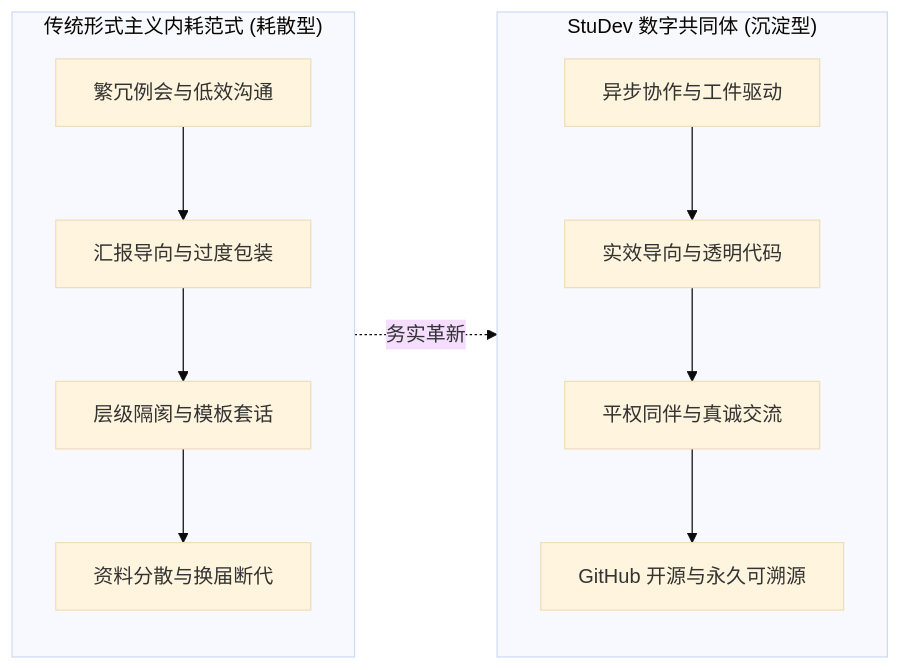
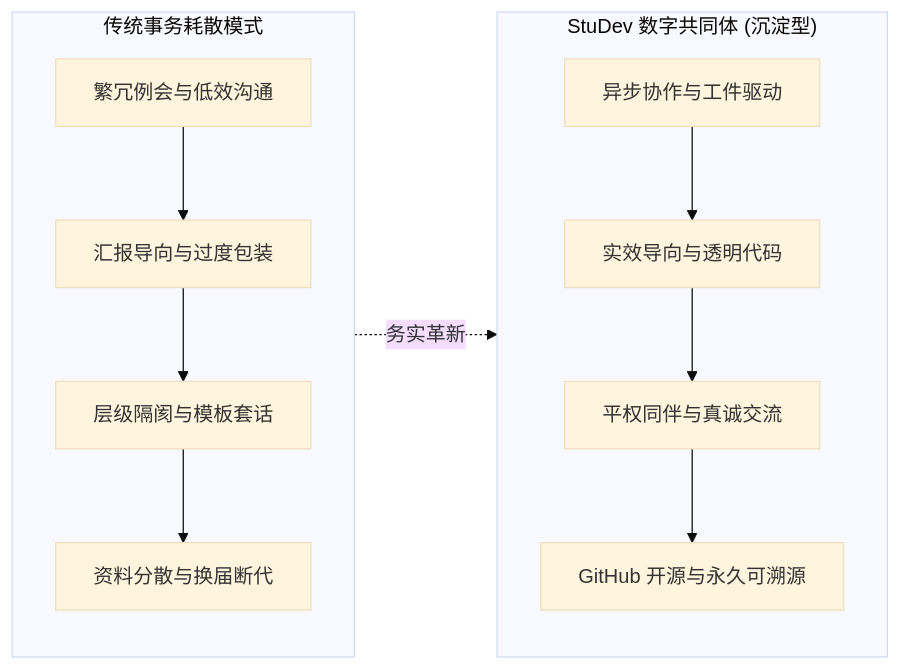
Before and after one commit to NJUPT-CS-StuDev/studev: the diagram in src/content/about/anti-formalism-council.md, drawn with Mermaid (base theme). The commit also changed other lines of this file and 9 other files, not shown here.

````diff
--- a/src/content/about/anti-formalism-council.md
+++ b/src/content/about/anti-formalism-council.md
@@ -93,18 +93,18 @@
 ```mermaid
 flowchart LR
-    subgraph Old["传统形式主义内耗范式 (耗散型)"]
+    subgraph Old["传统事务耗散模式"]
         direction TB
         O1["繁冗例会与低效沟通"] --> O2["汇报导向与过度包装"]
         O2 --> O3["层级隔阂与模板套话"]
         O3 --> O4["资料分散与换届断代"]
     end
 
     subgraph New["StuDev 数字共同体 (沉淀型)"]
         direction TB
         N1["异步协作与工件驱动"] --> N2["实效导向与透明代码"]
         N2 --> N3["平权同伴与真诚交流"]
         N3 --> N4["GitHub 开源与永久可溯源"]
     end
 
     Old -.->|务实革新| New
 ```
````
